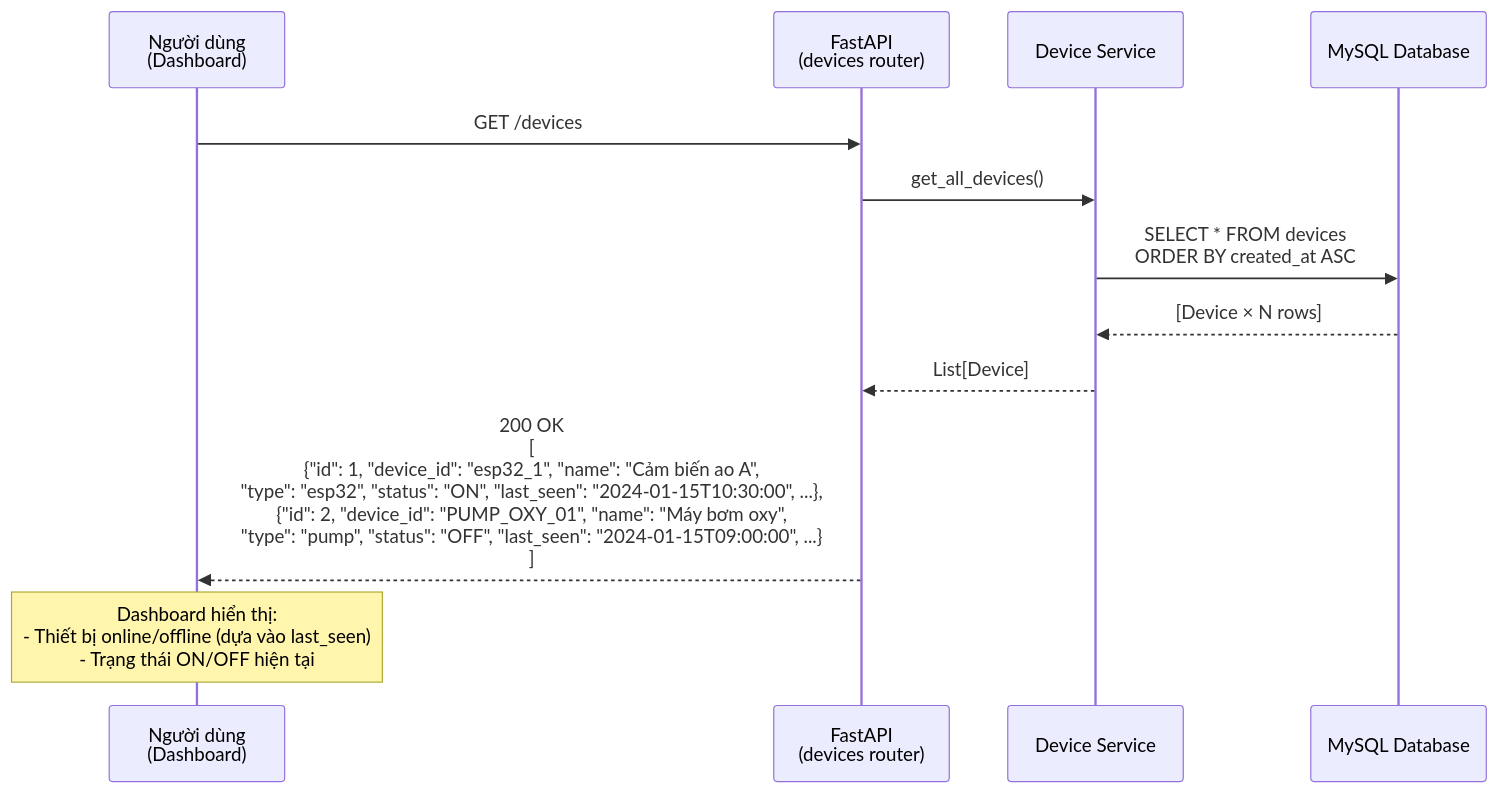
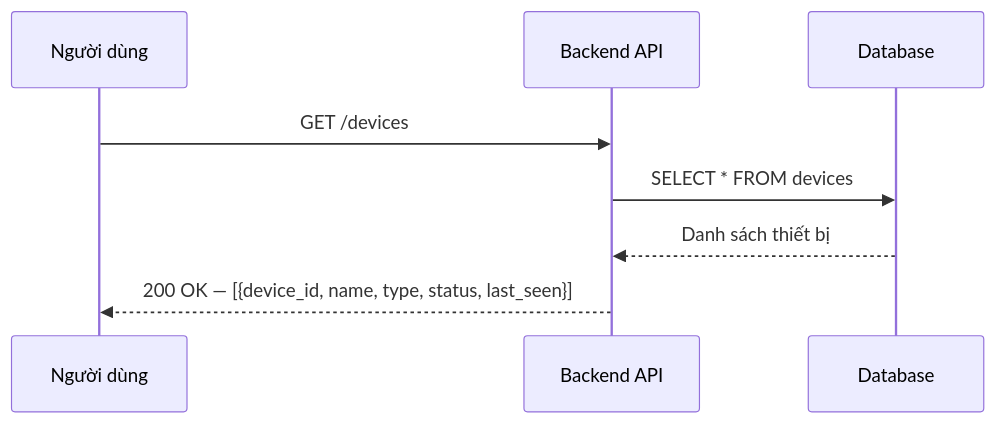
One commit to sson6926/BTL-HeTHongNhung changed the fifth of 7 diagrams in docs/sequence-diagrams.md. Above: the diagram before and after it, drawn with Mermaid. The commit also changed other lines of this file and 9 other files, not shown here.

````diff
--- a/docs/sequence-diagrams.md
+++ b/docs/sequence-diagrams.md
@@ -185,21 +114,11 @@
 ```mermaid
 sequenceDiagram
-    participant User as Người dùng<br/>(Dashboard)
-    participant API as FastAPI<br/>(devices router)
-    participant SVC as Device Service
-    participant DB as MySQL Database
+    participant User as Người dùng
+    participant API as Backend API
+    participant DB as Database
 
     User->>API: GET /devices
-
-    API->>SVC: get_all_devices()
-
-    SVC->>DB: SELECT * FROM devices<br/>ORDER BY created_at ASC
-
-    DB-->>SVC: [Device × N rows]
-
-    SVC-->>API: List[Device]
-
-    API-->>User: 200 OK<br/>[<br/>  {"id": 1, "device_id": "esp32_1", "name": "Cảm biến ao A",<br/>   "type": "esp32", "status": "ON", "last_seen": "2024-01-15T10:30:00", ...},<br/>  {"id": 2, "device_id": "PUMP_OXY_01", "name": "Máy bơm oxy",<br/>   "type": "pump", "status": "OFF", "last_seen": "2024-01-15T09:00:00", ...}<br/>]
-
-    Note over User: Dashboard hiển thị:<br/>- Thiết bị online/offline (dựa vào last_seen)<br/>- Trạng thái ON/OFF hiện tại
+    API->>DB: SELECT * FROM devices
+    DB-->>API: Danh sách thiết bị
+    API-->>User: 200 OK — [{device_id, name, type, status, last_seen}]
 ```
````
